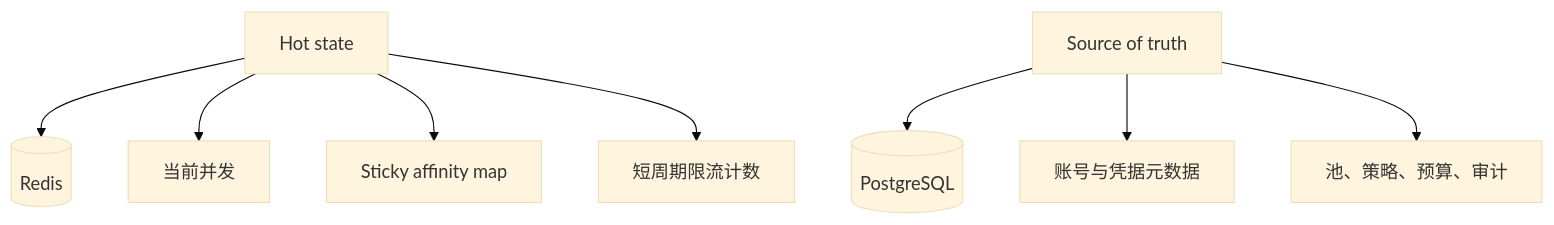
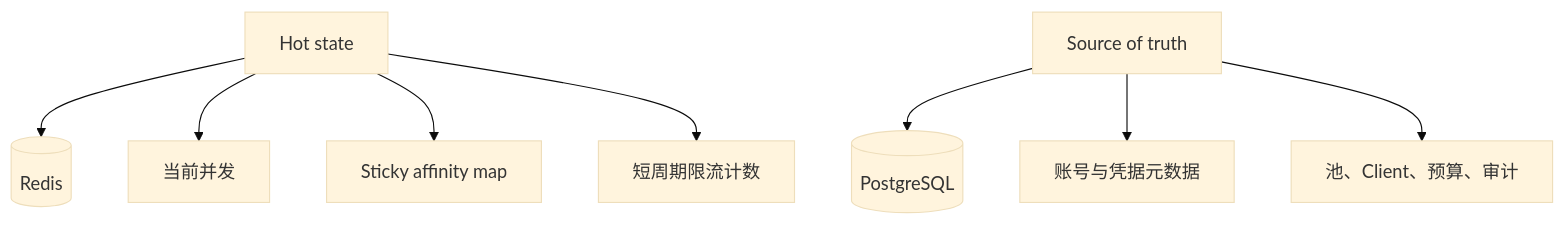
The sixth of 6 diagrams in docs/architecture.zh.md (pczhao1210/ghcp-pool-proxy), drawn with Mermaid (base theme) before and after one commit. The commit also changed other lines of this file and 20 other files, not shown here.

````diff
--- a/docs/architecture.zh.md
+++ b/docs/architecture.zh.md
@@ -146,10 +159,10 @@
 ```mermaid
 flowchart TD
   Hot["Hot state"] --> Redis[(Redis)]
   Cold["Source of truth"] --> Postgres[(PostgreSQL)]
   Hot --> Concurrency["当前并发"]
   Hot --> Affinity["Sticky affinity map"]
   Hot --> RateLimit["短周期限流计数"]
   Cold --> Accounts["账号与凭据元数据"]
-  Cold --> Policies["池、策略、预算、审计"]
+  Cold --> Policies["池、Client、预算、审计"]
 ```
````
